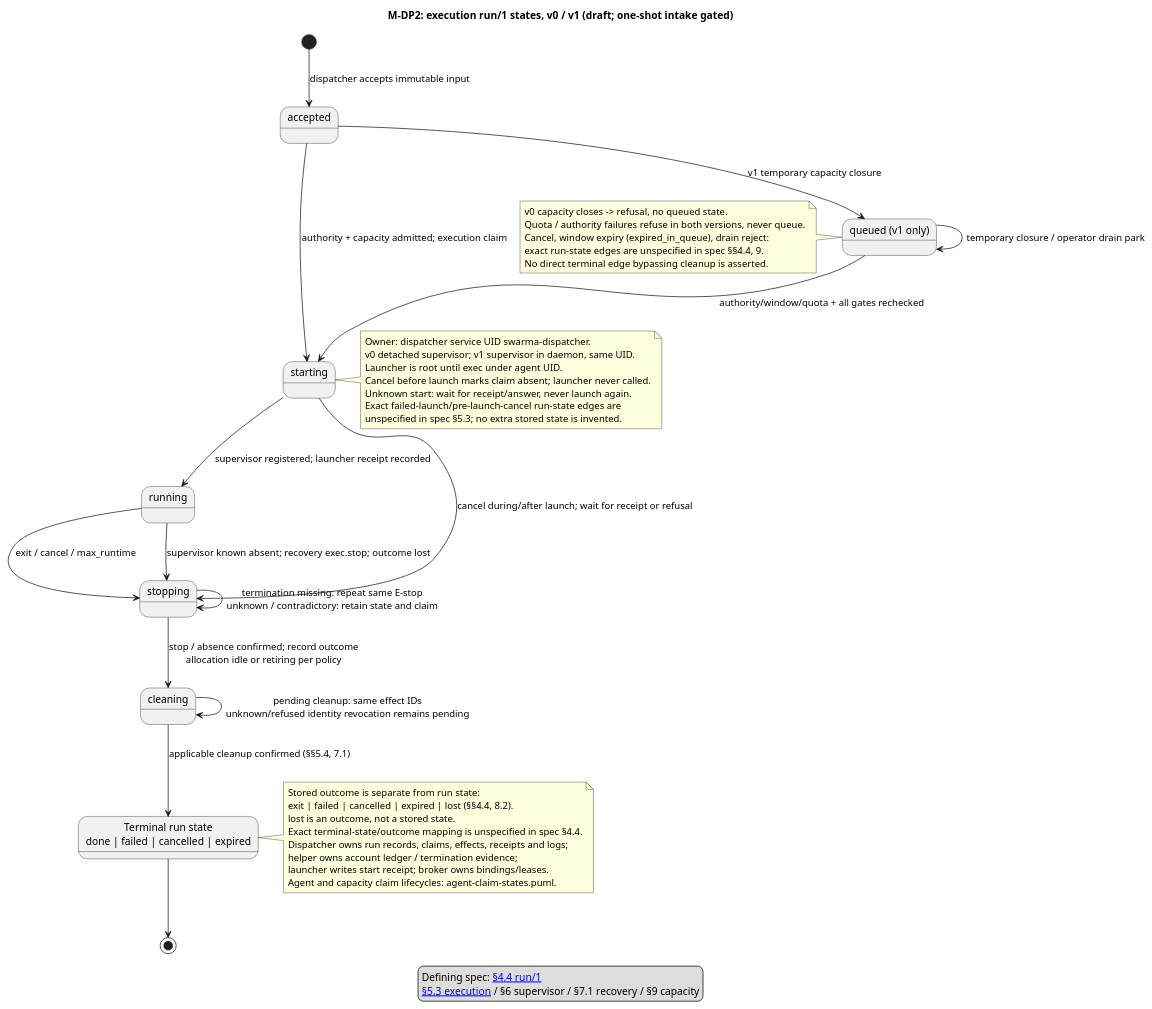
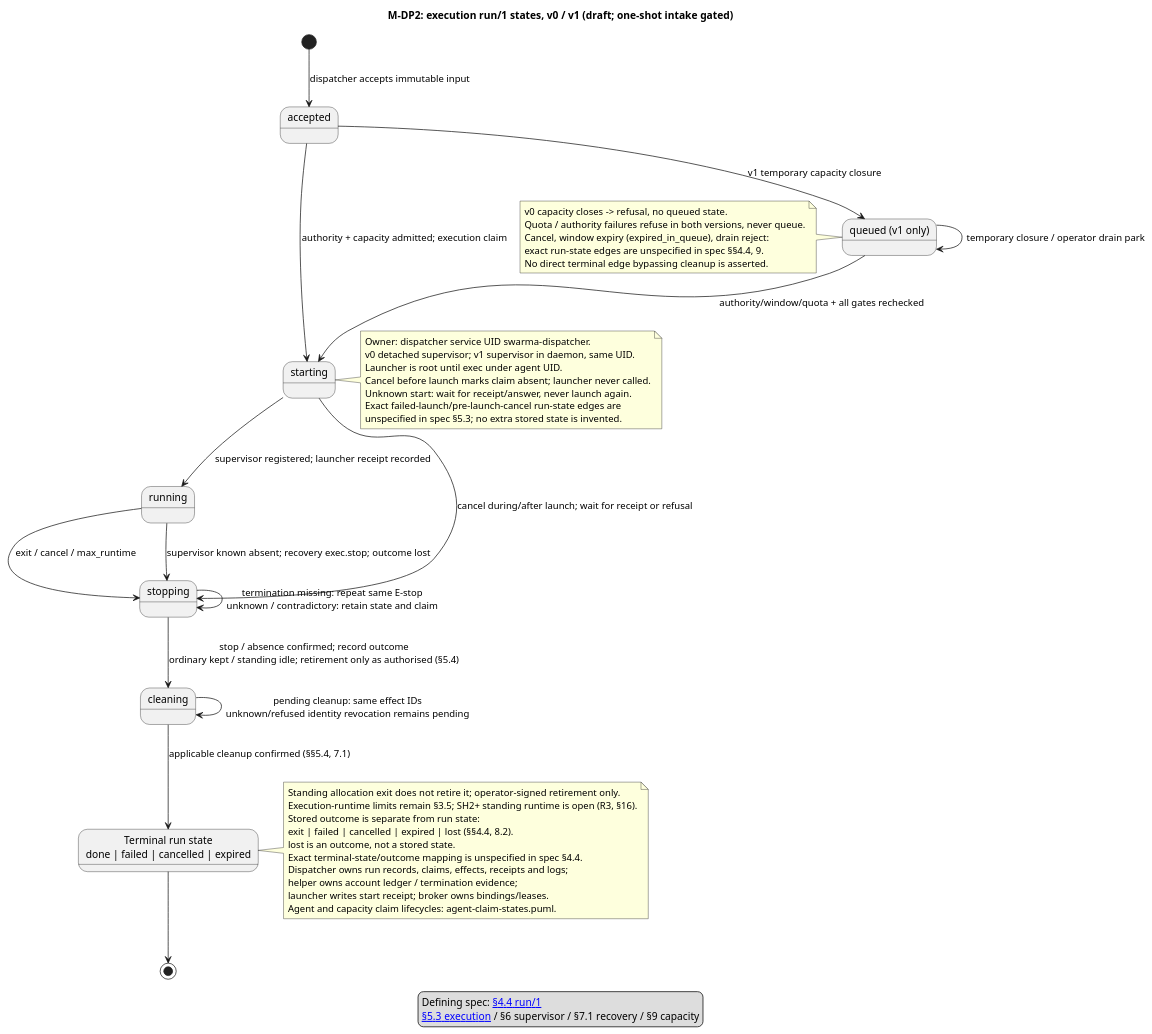
The diagram in diagrams/run-states.puml (relux-works/curator-dispatcher), drawn with PlantUML before and after one commit. The commit also changed 9 other files, not shown here.

```diff
--- a/diagrams/run-states.puml
+++ b/diagrams/run-states.puml
@@ -1,54 +1,56 @@
 @startuml run-states
 title M-DP2: execution run/1 states, v0 / v1 (draft; one-shot intake gated)
 state "accepted" as Accepted
 state "queued (v1 only)" as Queued
 state "starting" as Starting
 state "running" as Running
 state "stopping" as Stopping
 state "cleaning" as Cleaning
 state "Terminal run state\ndone | failed | cancelled | expired" as Terminal
 [*] --> Accepted : dispatcher accepts immutable input
 Accepted --> Queued : v1 temporary capacity closure
 Accepted --> Starting : authority + capacity admitted; execution claim
 Queued --> Starting : authority/window/quota + all gates rechecked
 Queued --> Queued : temporary closure / operator drain park
 Starting --> Running : supervisor registered; launcher receipt recorded
 Starting --> Stopping : cancel during/after launch; wait for receipt or refusal
 Running --> Stopping : exit / cancel / max_runtime
 Running --> Stopping : supervisor known absent; recovery exec.stop; outcome lost
 Stopping --> Stopping : termination missing: repeat same E-stop\nunknown / contradictory: retain state and claim
-Stopping --> Cleaning : stop / absence confirmed; record outcome\nallocation idle or retiring per policy
+Stopping --> Cleaning : stop / absence confirmed; record outcome\nordinary kept / standing idle; retirement only as authorised (§5.4)
 Cleaning --> Cleaning : pending cleanup: same effect IDs\nunknown/refused identity revocation remains pending
 Cleaning --> Terminal : applicable cleanup confirmed (§§5.4, 7.1)
 Terminal --> [*]
 note right of Starting
   Owner: dispatcher service UID swarma-dispatcher.
   v0 detached supervisor; v1 supervisor in daemon, same UID.
   Launcher is root until exec under agent UID.
   Cancel before launch marks claim absent; launcher never called.
   Unknown start: wait for receipt/answer, never launch again.
   Exact failed-launch/pre-launch-cancel run-state edges are
   unspecified in spec §5.3; no extra stored state is invented.
 end note
 note left of Queued
   v0 capacity closes -> refusal, no queued state.
   Quota / authority failures refuse in both versions, never queue.
   Cancel, window expiry (expired_in_queue), drain reject:
   exact run-state edges are unspecified in spec §§4.4, 9.
   No direct terminal edge bypassing cleanup is asserted.
 end note
 note right of Terminal
+  Standing allocation exit does not retire it; operator-signed retirement only.
+  Execution-runtime limits remain §3.5; SH2+ standing runtime is open (R3, §16).
   Stored outcome is separate from run state:
   exit | failed | cancelled | expired | lost (§§4.4, 8.2).
   lost is an outcome, not a stored state.
   Exact terminal-state/outcome mapping is unspecified in spec §4.4.
   Dispatcher owns run records, claims, effects, receipts and logs;
   helper owns account ledger / termination evidence;
   launcher writes start receipt; broker owns bindings/leases.
   Agent and capacity claim lifecycles: agent-claim-states.puml.
 end note
 legend
   Defining spec: [[https://github.com/relux-works/swarma-dispatcher/blob/main/spec/dispatcher.md#44-execution-run1 §4.4 run/1]]
   [[https://github.com/relux-works/swarma-dispatcher/blob/main/spec/dispatcher.md#53-execution §5.3 execution]] / §6 supervisor / §7.1 recovery / §9 capacity
 endlegend
 @enduml
```
